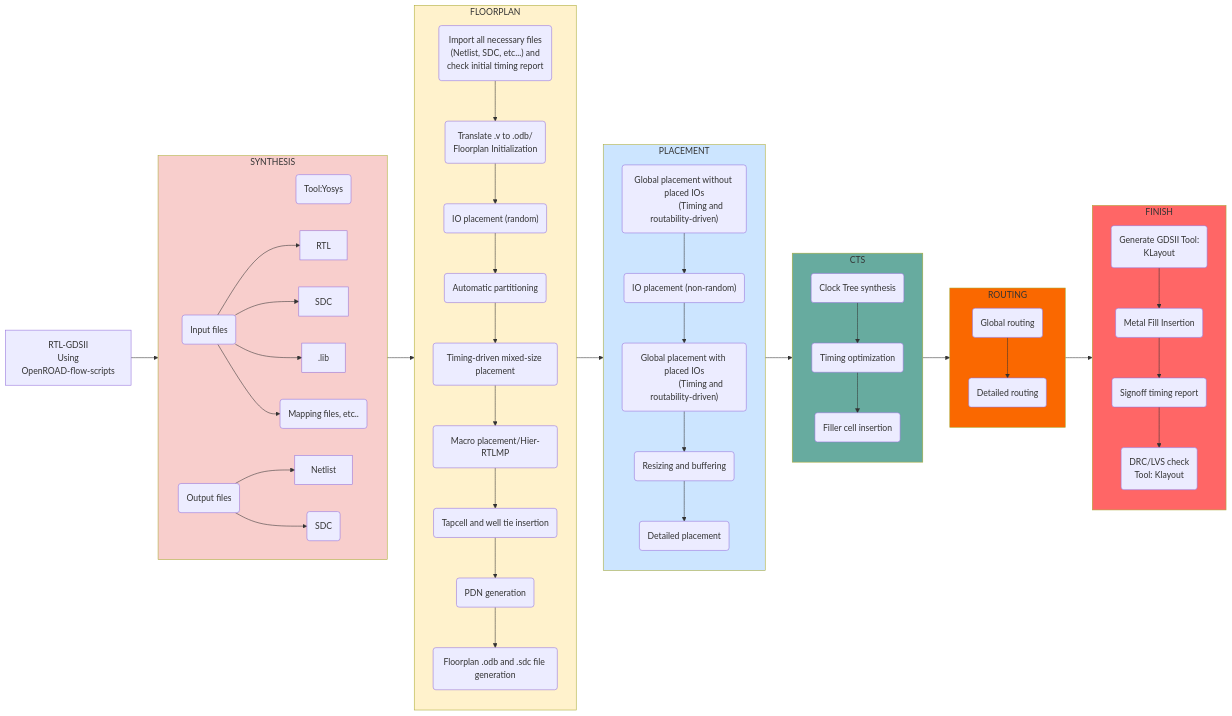
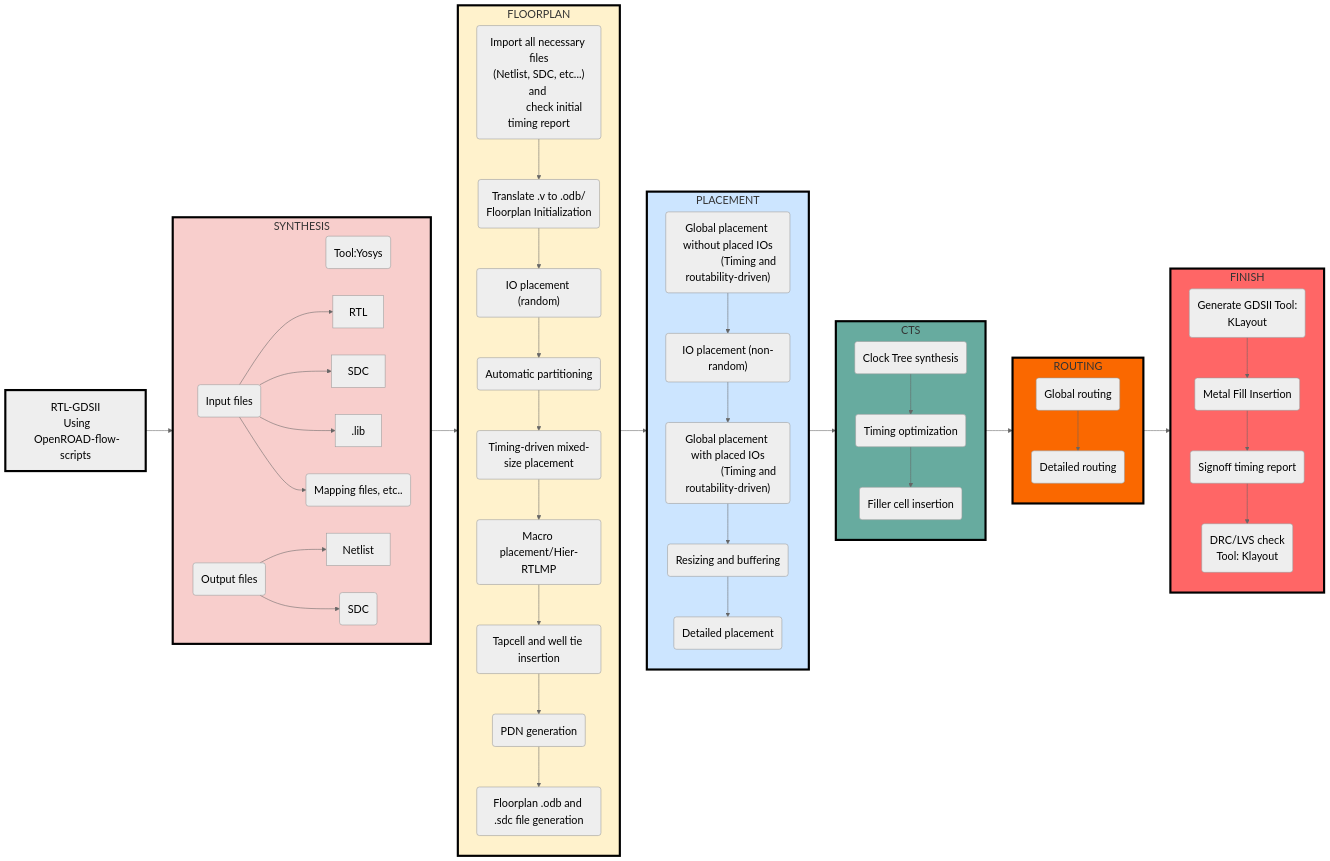
One commit to The-OpenROAD-Project/OpenROAD changed the diagram in README.md. Above: the diagram before and after it, drawn with Mermaid.

Commit message:
made mermaid text bigger

````diff
--- a/README.md
+++ b/README.md
@@ -68,61 +68,73 @@
 ```mermaid
+%%{
+  init: {
+    'theme': 'neutral',
+    'themeVariables': {
+      'textColor': '#000000',
+      'noteTextColor' : '#000000',
+      'fontSize': '20px'
+    }
+  }
+}%%
+
 flowchart LR
 
     A[RTL-GDSII\n Using\n OpenROAD-flow-scripts] --> SYNTHESIS 
+    style A stroke:#000000,stroke-width:4px
     SYNTHESIS --> FLOORPLAN; FLOORPLAN --> PLACEMENT; PLACEMENT --> CTS
     CTS --> ROUTING; ROUTING -->FINISH
 
     subgraph SYNTHESIS
-    style SYNTHESIS fill:#f8cecc
+    style SYNTHESIS fill:#f8cecc,stroke:#000,stroke-width:4px
     direction LR
     B1(Tool:Yosys);  B2(Input files);  B3(Output files)
     B2 --> RTL & SDC & .lib & B4(Mapping files, etc..)
     B3 --> Netlist & B5(SDC)
     end
 
     subgraph FLOORPLAN
-    style FLOORPLAN fill:#fff2cc
+    style FLOORPLAN fill:#fff2cc,stroke:#000000,stroke-width:4px
     C1("Import all necessary files\n (Netlist, SDC, etc...) and 
             check initial timing report")
     C1 --> C2("Translate .v to .odb/\n Floorplan Initialization")
     C2 --> C3("IO placement (random)")
     C3 --> C4("Automatic partitioning")
     C4 --> C5("Timing-driven mixed-size placement")
     C5 --> C6("Macro placement/Hier-RTLMP")
     C6 --> C7("Tapcell and well tie insertion")
     C7 --> C8("PDN generation")
     C8 --> C9("Floorplan .odb and .sdc file generation")
     end
 
     subgraph PLACEMENT
-    style PLACEMENT fill:#cce5ff
+    style PLACEMENT fill:#cce5ff,stroke:#000000,stroke-width:4px
     D1("Global placement without placed IOs
                 (Timing and routability-driven)")
     D1 --> D2("IO placement (non-random)")
     D2 --> D3("Global placement with placed IOs
                 (Timing and routability-driven)")
     D3 --> D4("Resizing and buffering")
     D4 --> D5("Detailed placement")
     end
 
     subgraph CTS
-    style CTS fill:#67ab9f
+    style CTS fill:#67ab9f,stroke:#000000,stroke-width:4px
     E1("Clock Tree synthesis")
     E1 --> E2("Timing optimization")
     E2 --> E3("Filler cell insertion")
     end
 
     subgraph ROUTING
-    style ROUTING fill:#fa6800
+    style ROUTING fill:#fa6800,stroke:#000000,stroke-width:4px
     F1("Global routing")
     F1 --> F2("Detailed routing")
     end
 
     subgraph FINISH
-    style FINISH fill:#ff6666
+    style FINISH fill:#ff6666,stroke:#000000,stroke-width:4px
     G1("Generate GDSII Tool:\n KLayout")
     G1 --> G2("Metal Fill Insertion")
     G2 --> G3("Signoff timing report")
     G3 --> G4("DRC/LVS check\n Tool: Klayout")
     end
 ```
````
